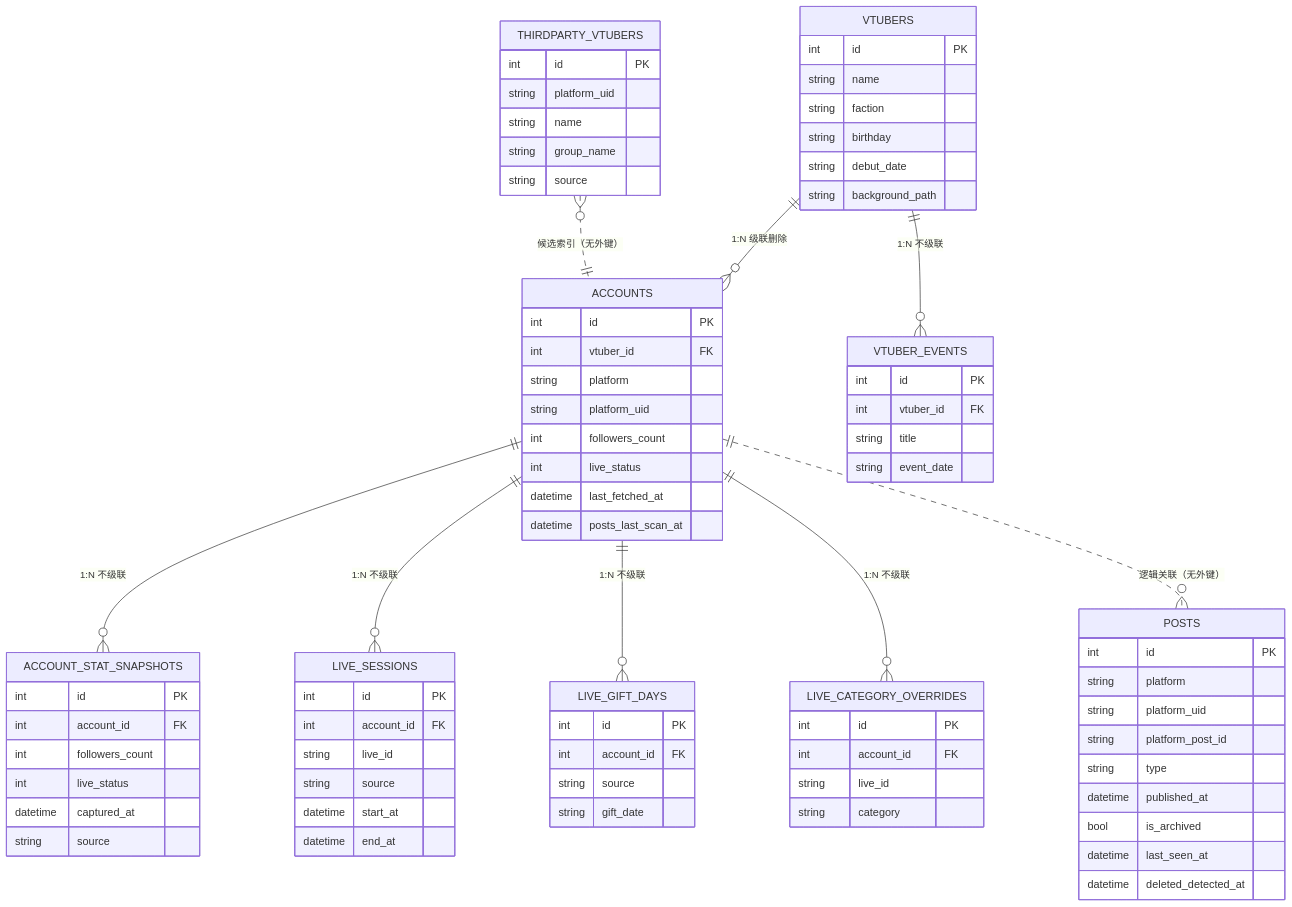
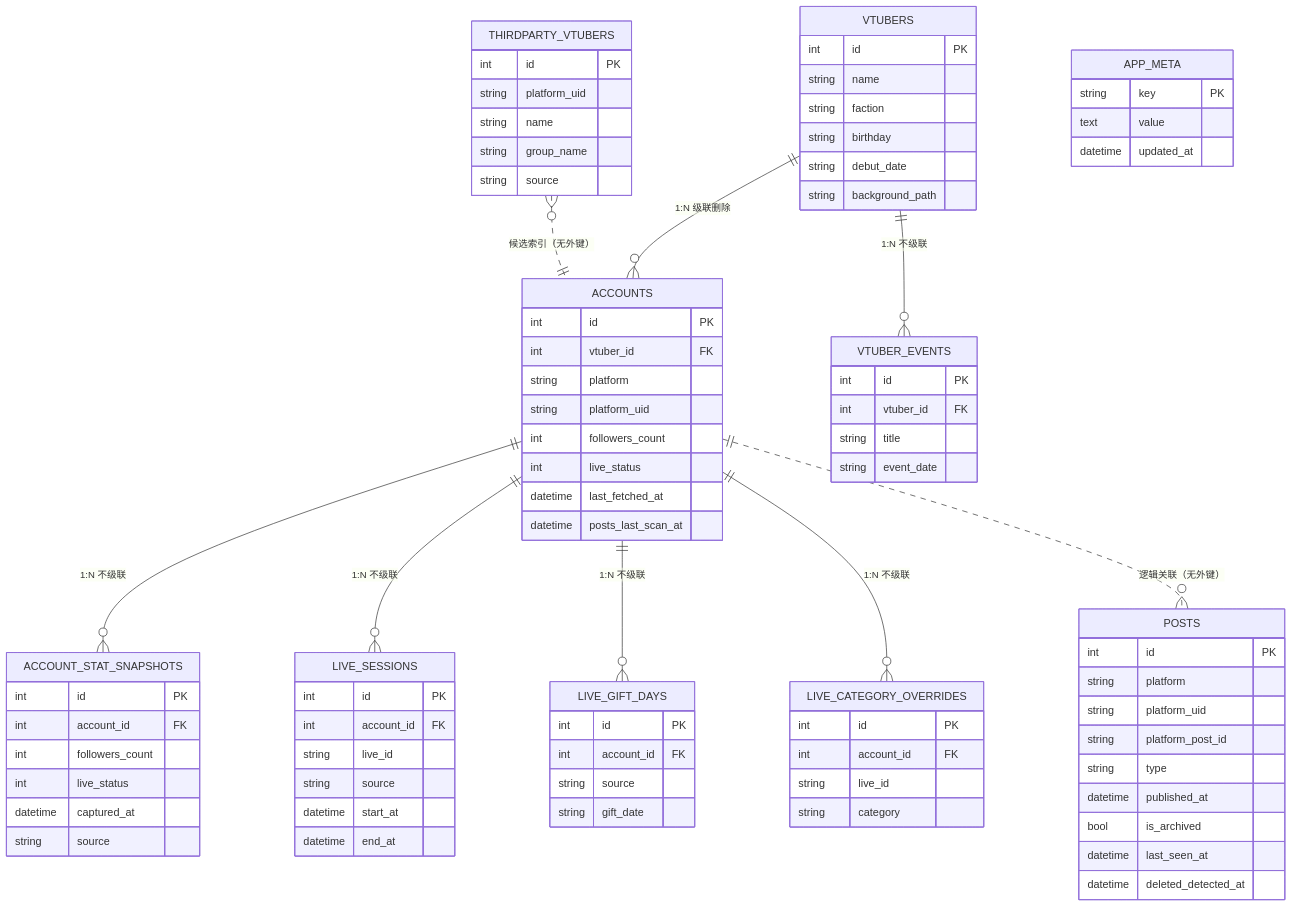
The second of 8 diagrams in docs/ARCHITECTURE.md (Mrslippe/DDToolkit), drawn with Mermaid before and after one commit. The commit also changed other lines of this file and 19 other files, not shown here.

````diff
--- a/docs/ARCHITECTURE.md
+++ b/docs/ARCHITECTURE.md
@@ -146,4 +146,9 @@
     string group_name
     string source
   }
+  APP_META {
+    string key PK
+    text value
+    datetime updated_at
+  }
 ```
````
